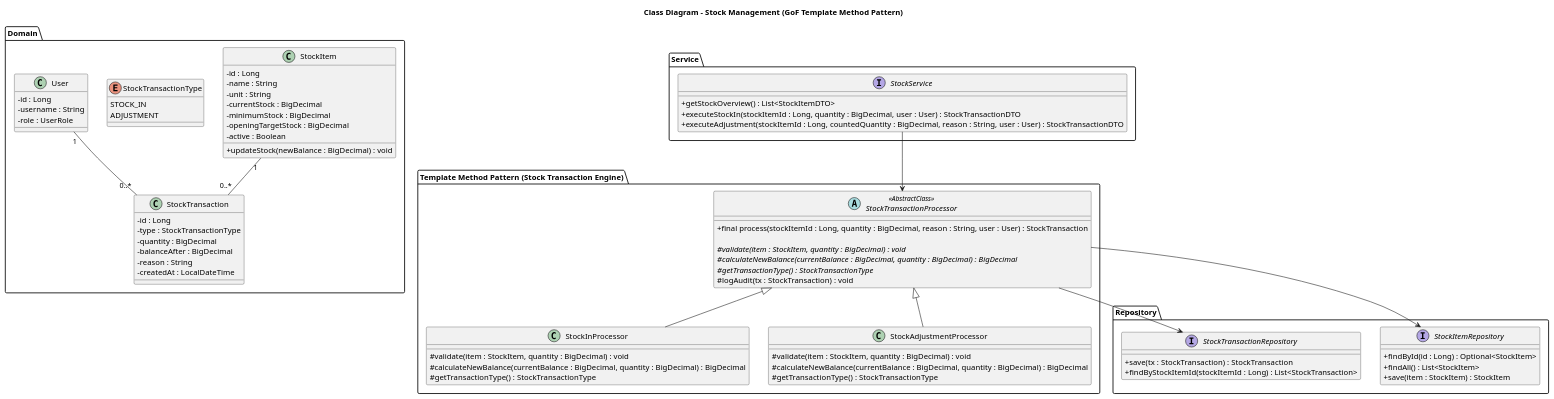
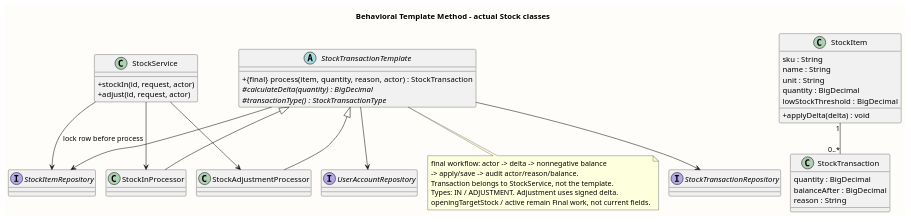
The diagram in doc/diagrams/class-stock-template.puml (PavaritPramual/buffet-restaurant-management-system), drawn with PlantUML before and after one commit. The commit also changed 22 other files, not shown here.

Commit message:
docs: align component and session diagrams with runtime flow

```diff
--- a/doc/diagrams/class-stock-template.puml
+++ b/doc/diagrams/class-stock-template.puml
@@ -1,95 +1,51 @@
 @startuml
-title Class Diagram - Stock Management (GoF Template Method Pattern)
-
+!pragma layout smetana
+skinparam shadowing false
 skinparam classAttributeIconSize 0
-skinparam shadowing false
-
-package "Domain" {
-    class StockItem {
-        - id : Long
-        - name : String
-        - unit : String
-        - currentStock : BigDecimal
-        - minimumStock : BigDecimal
-        - openingTargetStock : BigDecimal
-        - active : Boolean
-        + updateStock(newBalance : BigDecimal) : void
-    }
-
-    class StockTransaction {
-        - id : Long
-        - type : StockTransactionType
-        - quantity : BigDecimal
-        - balanceAfter : BigDecimal
-        - reason : String
-        - createdAt : LocalDateTime
-    }
-
-    enum StockTransactionType {
-        STOCK_IN
-        ADJUSTMENT
-    }
-
-    class User {
-        - id : Long
-        - username : String
-        - role : UserRole
-    }
+skinparam backgroundColor #FFFDF9
+skinparam defaultFontName Tahoma
+title Behavioral Template Method - actual Stock classes
+abstract class StockTransactionTemplate {
+ +{final} process(item, quantity, reason, actor) : StockTransaction
+ #{abstract} calculateDelta(quantity) : BigDecimal
+ #{abstract} transactionType() : StockTransactionType
 }
-
-package "Template Method Pattern (Stock Transaction Engine)" {
-    abstract class StockTransactionProcessor <<AbstractClass>> {
-        ' Template Method
-        + final process(stockItemId : Long, quantity : BigDecimal, reason : String, user : User) : StockTransaction
-
-        ' Primitive / Hook Methods
-        # {abstract} validate(item : StockItem, quantity : BigDecimal) : void
-        # {abstract} calculateNewBalance(currentBalance : BigDecimal, quantity : BigDecimal) : BigDecimal
-        # {abstract} getTransactionType() : StockTransactionType
-        # logAudit(tx : StockTransaction) : void
-    }
-
-    class StockInProcessor {
-        # validate(item : StockItem, quantity : BigDecimal) : void
-        # calculateNewBalance(currentBalance : BigDecimal, quantity : BigDecimal) : BigDecimal
-        # getTransactionType() : StockTransactionType
-    }
-
-    class StockAdjustmentProcessor {
-        # validate(item : StockItem, quantity : BigDecimal) : void
-        # calculateNewBalance(currentBalance : BigDecimal, quantity : BigDecimal) : BigDecimal
-        # getTransactionType() : StockTransactionType
-    }
-
-    StockTransactionProcessor <|-- StockInProcessor
-    StockTransactionProcessor <|-- StockAdjustmentProcessor
+class StockInProcessor
+class StockAdjustmentProcessor
+class StockService {
+ +stockIn(id, request, actor)
+ +adjust(id, request, actor)
 }
-
-package "Repository" {
-    interface StockItemRepository {
-        + findById(id : Long) : Optional<StockItem>
-        + findAll() : List<StockItem>
-        + save(item : StockItem) : StockItem
-    }
-
-    interface StockTransactionRepository {
-        + save(tx : StockTransaction) : StockTransaction
-        + findByStockItemId(stockItemId : Long) : List<StockTransaction>
-    }
+class StockItem {
+ sku : String
+ name : String
+ unit : String
+ quantity : BigDecimal
+ lowStockThreshold : BigDecimal
+ +applyDelta(delta) : void
 }
-
-package "Service" {
-    interface StockService {
-        + getStockOverview() : List<StockItemDTO>
-        + executeStockIn(stockItemId : Long, quantity : BigDecimal, user : User) : StockTransactionDTO
-        + executeAdjustment(stockItemId : Long, countedQuantity : BigDecimal, reason : String, user : User) : StockTransactionDTO
-    }
+class StockTransaction {
+ quantity : BigDecimal
+ balanceAfter : BigDecimal
+ reason : String
 }
-
-StockTransactionProcessor --> StockItemRepository
-StockTransactionProcessor --> StockTransactionRepository
-StockService --> StockTransactionProcessor
+interface StockItemRepository
+interface StockTransactionRepository
+interface UserAccountRepository
+StockTransactionTemplate <|-- StockInProcessor
+StockTransactionTemplate <|-- StockAdjustmentProcessor
+StockService --> StockInProcessor
+StockService --> StockAdjustmentProcessor
+StockService --> StockItemRepository : lock row before process
+StockTransactionTemplate --> StockItemRepository
+StockTransactionTemplate --> StockTransactionRepository
+StockTransactionTemplate --> UserAccountRepository
 StockItem "1" -- "0..*" StockTransaction
-User "1" -- "0..*" StockTransaction
-
+note bottom of StockTransactionTemplate
+ final workflow: actor -> delta -> nonnegative balance
+ -> apply/save -> audit actor/reason/balance.
+ Transaction belongs to StockService, not the template.
+ Types: IN / ADJUSTMENT. Adjustment uses signed delta.
+ openingTargetStock / active remain Final work, not current fields.
+end note
 @enduml
```
